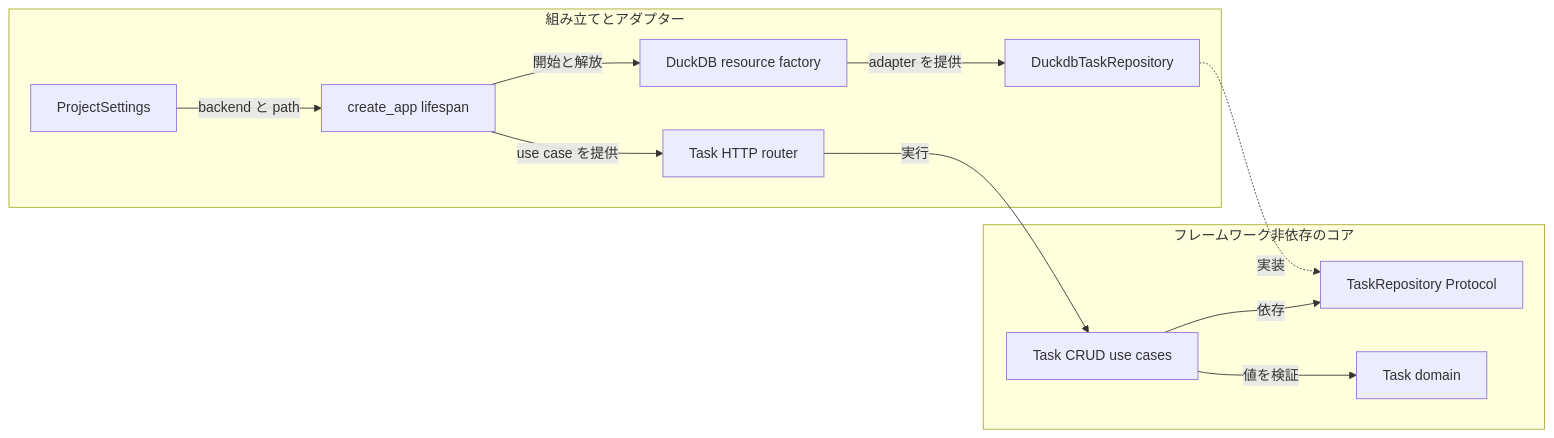
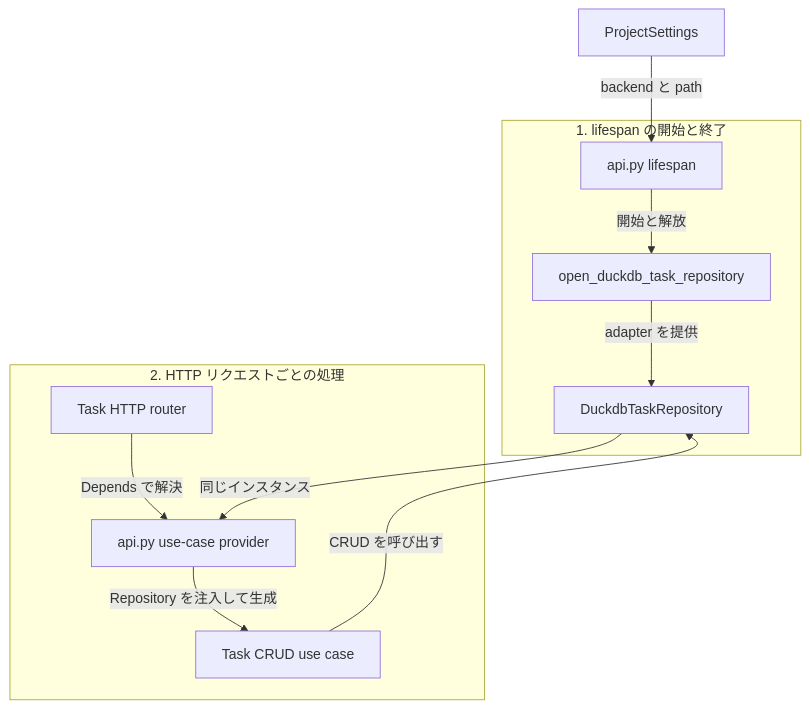
The third of 3 diagrams in docs/architecture/index.ja.md (ks6088ts-labs/template-azure-python), drawn with Mermaid before and after one commit. The commit also changed other lines of this file and 9 other files, not shown here.

````diff
--- a/docs/architecture/index.ja.md
+++ b/docs/architecture/index.ja.md
@@ -232,23 +224,21 @@
 ```mermaid
-flowchart LR
-    subgraph cOuter["組み立てとアダプター"]
-        cSettings["ProjectSettings"]
-        cRoot["create_app lifespan"]
-        cFactory["DuckDB resource factory"]
+flowchart TD
+    cSettings["ProjectSettings"]
+    subgraph cStartup["1. lifespan の開始と終了"]
+        cRoot["api.py lifespan"]
+        cFactory["open_duckdb_task_repository"]
         cRepo["DuckdbTaskRepository"]
+    end
+    subgraph cRequest["2. HTTP リクエストごとの処理"]
         cRouter["Task HTTP router"]
-    end
-    subgraph cCore["フレームワーク非依存のコア"]
-        cUsecases["Task CRUD use cases"]
-        cPort["TaskRepository Protocol"]
-        cTask["Task domain"]
+        cProvider["api.py use-case provider"]
+        cUsecases["Task CRUD use case"]
     end
     cSettings -->|"backend と path"| cRoot
     cRoot -->|"開始と解放"| cFactory
     cFactory -->|"adapter を提供"| cRepo
-    cRoot -->|"use case を提供"| cRouter
-    cRouter -->|"実行"| cUsecases
-    cUsecases -->|"依存"| cPort
-    cUsecases -->|"値を検証"| cTask
-    cRepo -.->|"実装"| cPort
+    cRepo -->|"同じインスタンス"| cProvider
+    cRouter -->|"Depends で解決"| cProvider
+    cProvider -->|"Repository を注入して生成"| cUsecases
+    cUsecases -->|"CRUD を呼び出す"| cRepo
 ```
````
